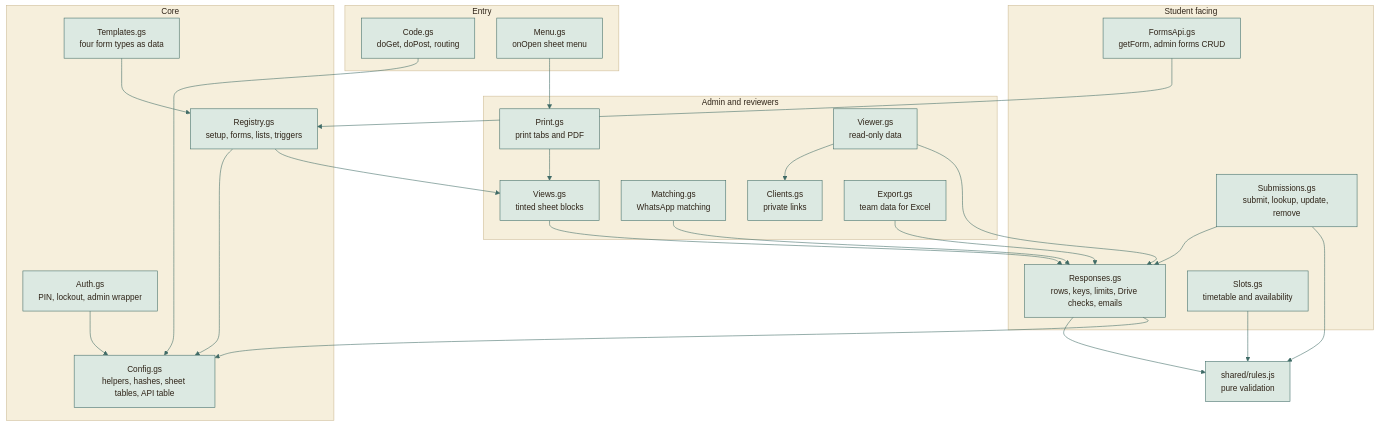
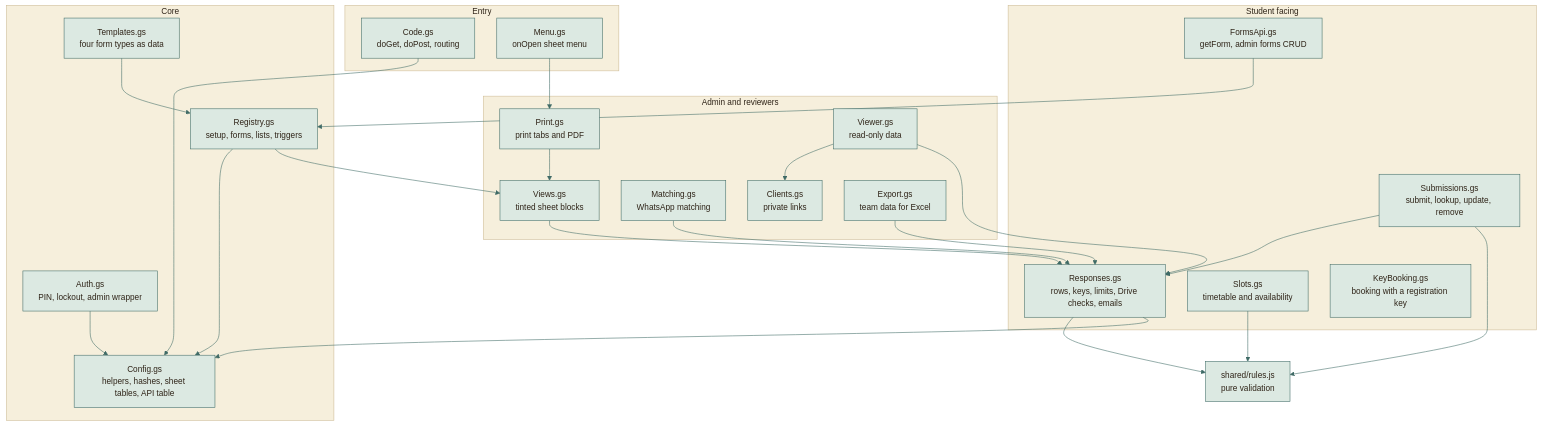
Before and after one commit to moyeh04/forms-platform: the ninth of 12 diagrams in docs/architecture/ARCHITECTURE.md, drawn with Mermaid. The commit also changed other lines of this file and 18 other files, not shown here.

First line of the commit message:
feat(reservations): Book a slot with a registration key

````diff
--- a/docs/architecture/ARCHITECTURE.md
+++ b/docs/architecture/ARCHITECTURE.md
@@ -525,75 +525,76 @@
 ```mermaid
 %%{init: {
   'theme': 'base',
   'themeVariables': {
     'fontFamily': 'ui-sans-serif, system-ui, -apple-system, Segoe UI, Roboto, sans-serif',
     'fontSize': '15px',
     'primaryColor': '#DCE9E2', 'primaryBorderColor': '#3F6B66', 'primaryTextColor': '#2F2418',
     'secondaryColor': '#F0E4C8', 'secondaryBorderColor': '#C9A24A', 'secondaryTextColor': '#2F2418',
     'tertiaryColor': '#F6EFDC', 'tertiaryBorderColor': '#CDBB94', 'tertiaryTextColor': '#2F2418',
     'lineColor': '#3F6B66', 'textColor': '#2F2418', 'mainBkg': '#DCE9E2', 'nodeBorder': '#3F6B66',
     'clusterBkg': '#F6EFDC', 'clusterBorder': '#CDBB94', 'titleColor': '#2F2418',
     'edgeLabelBackground': '#F8F1DD',
     'actorBkg': '#DCE9E2', 'actorBorder': '#3F6B66', 'actorTextColor': '#2F2418', 'actorLineColor': '#8FB3AB',
     'signalColor': '#477A73', 'signalTextColor': '#477A73',
     'labelBoxBkgColor': '#F0E4C8', 'labelBoxBorderColor': '#C9A24A', 'labelTextColor': '#2F2418', 'loopTextColor': '#6A5A44',
     'noteBkgColor': '#FBEFC9', 'noteBorderColor': '#C9A24A', 'noteTextColor': '#2F2418',
     'activationBkgColor': '#DCE9E2', 'activationBorderColor': '#3F6B66', 'sequenceNumberColor': '#F8F1DD',
     'transitionColor': '#3F6B66', 'stateLabelColor': '#2F2418', 'stateBkg': '#DCE9E2', 'altBackground': '#F6EFDC',
     'attributeBackgroundColorOdd': '#F8F1DD', 'attributeBackgroundColorEven': '#F0E4C8'
   },
   'flowchart': {'curve': 'basis', 'padding': 14, 'nodeSpacing': 40, 'rankSpacing': 46},
   'sequence': {'mirrorActors': false, 'messageMargin': 34, 'boxMargin': 8}
 }}%%
 flowchart TD
     subgraph entry["Entry"]
         Code["Code.gs<br/>doGet, doPost, routing"]
         Menu["Menu.gs<br/>onOpen sheet menu"]
     end
     subgraph core["Core"]
         Config["Config.gs<br/>helpers, hashes, sheet tables, API table"]
         Auth["Auth.gs<br/>PIN, lockout, admin wrapper"]
         Registry["Registry.gs<br/>setup, forms, lists, triggers"]
         Templates["Templates.gs<br/>four form types as data"]
     end
     subgraph public["Student facing"]
         FormsApi["FormsApi.gs<br/>getForm, admin forms CRUD"]
         Submissions["Submissions.gs<br/>submit, lookup, update, remove"]
         Responses["Responses.gs<br/>rows, keys, limits, Drive checks, emails"]
         Slots["Slots.gs<br/>timetable and availability"]
+        KeyBooking["KeyBooking.gs<br/>booking with a registration key"]
     end
     subgraph admin["Admin and reviewers"]
         Views["Views.gs<br/>tinted sheet blocks"]
         Print["Print.gs<br/>print tabs and PDF"]
         Matching["Matching.gs<br/>WhatsApp matching"]
         Clients["Clients.gs<br/>private links"]
         Viewer["Viewer.gs<br/>read-only data"]
         Export["Export.gs<br/>team data for Excel"]
     end
     Rules["shared/rules.js<br/>pure validation"]
 
     Code --> Config
     Auth --> Config
     Registry --> Config
     FormsApi --> Registry
     Submissions --> Responses
     Submissions --> Rules
     Responses --> Rules
     Responses --> Config
     Slots --> Rules
     Views --> Responses
     Print --> Views
     Matching --> Responses
     Viewer --> Clients
     Viewer --> Responses
     Export --> Responses
     Templates --> Registry
     Menu --> Print
     Registry --> Views
     classDef cDb fill:#F3E2B3,stroke:#B8892D,stroke-width:1.5px,color:#2F2418
     classDef cActor fill:#F4D9D3,stroke:#9A3328,stroke-width:1.5px,color:#2F2418
     classDef cDec fill:#FBEFC9,stroke:#C9A24A,stroke-width:1.5px,color:#2F2418
     classDef cEnd fill:#2F2418,stroke:#2F2418,color:#F8F1DD
     classDef cErr fill:#F6D5CF,stroke:#A12B1F,stroke-width:1.5px,color:#5A140C
     classDef cOk fill:#BFD9CF,stroke:#2E5A55,stroke-width:1.5px,color:#17302D
 ```
````
